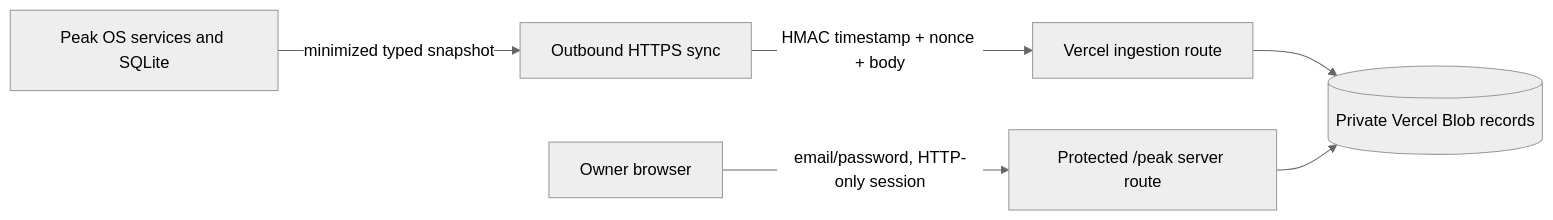
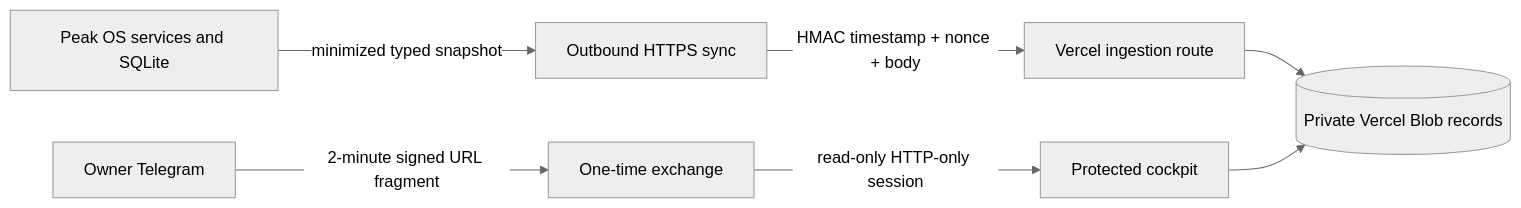
Before and after one commit to stevenscwu/line101chat-site: the diagram in docs/peak-os-dashboard.md, drawn with Mermaid (neutral theme). The commit also changed other lines of this file and 18 other files, not shown here.

Commit message:
feat: add Telegram-first Peak login

````diff
--- a/docs/peak-os-dashboard.md
+++ b/docs/peak-os-dashboard.md
@@ -8,8 +8,9 @@
 ```mermaid
 flowchart LR
     A[Peak OS services and SQLite] -->|minimized typed snapshot| B[Outbound HTTPS sync]
     B -->|HMAC timestamp + nonce + body| C[Vercel ingestion route]
     C --> D[(Private Vercel Blob records)]
-    E[Owner browser] -->|email/password, HTTP-only session| F[Protected /peak server route]
-    F --> D
+    E[Owner Telegram] -->|2-minute signed URL fragment| F[One-time exchange]
+    F -->|read-only HTTP-only session| G[Protected cockpit]
+    G --> D
 ```
````
